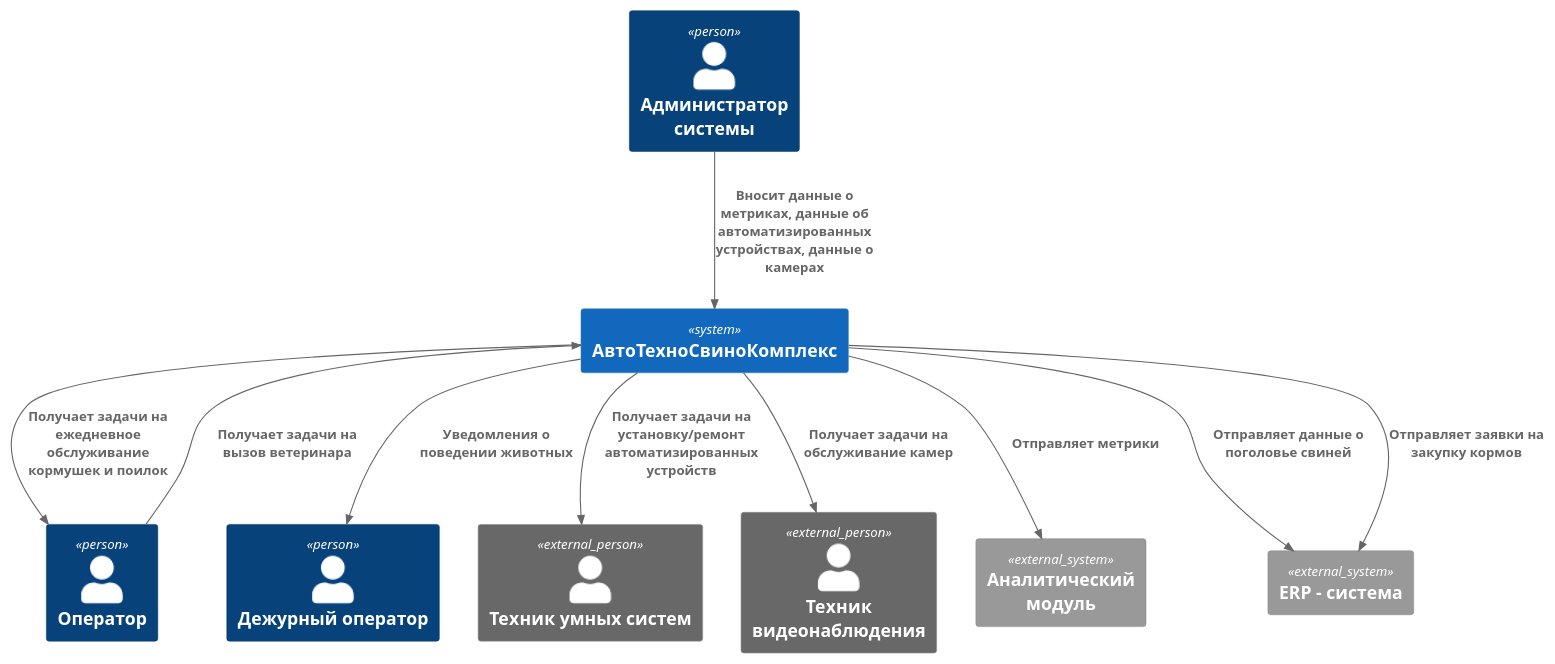
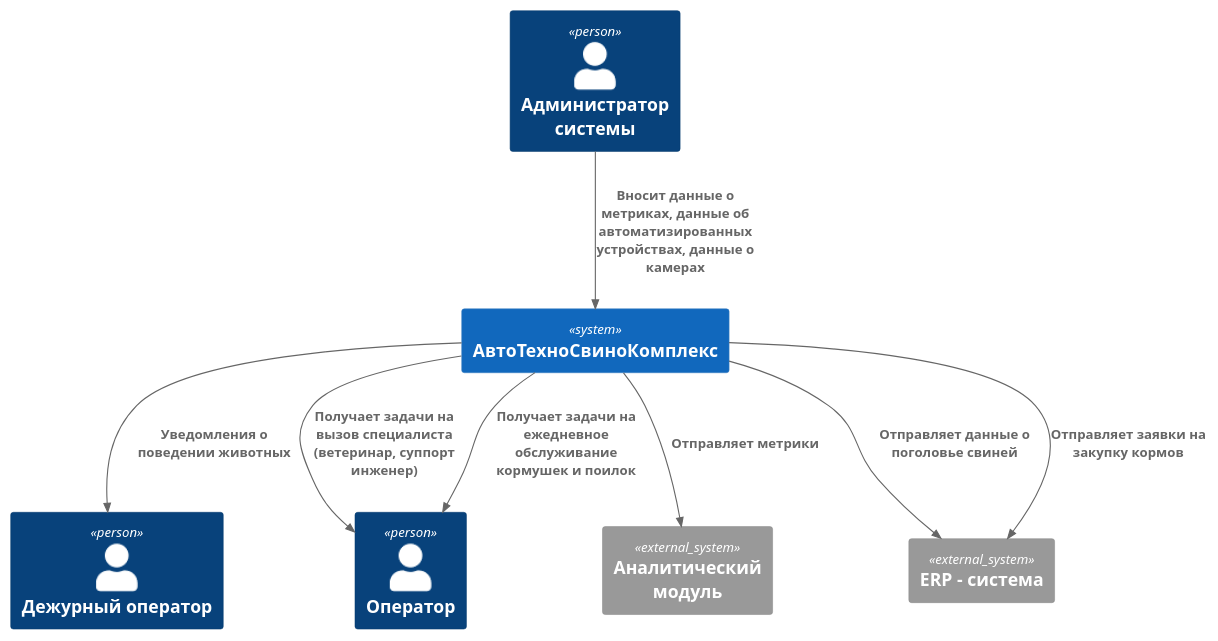
The diagram in Task1/ATCK_C4_Context_alternative.puml (mirray/MSA-AgroTech), drawn with PlantUML before and after one commit.

Commit message:
remove techicans from alternative diagram

```diff
--- a/Task1/ATCK_C4_Context_alternative.puml
+++ b/Task1/ATCK_C4_Context_alternative.puml
@@ -1,24 +1,20 @@
 @startuml Архитектура_АвтоТехноСвиноКомплекс_v1_Альтернативное_Решение
 !include <C4/C4_Context>
 
 ' === Участники ===
 Person(duty_operator, "Дежурный оператор")
-Person_Ext(technican, "Техник умных систем")
-Person_Ext(cv_technican, "Техник видеонаблюдения")
 Person(operator, "Оператор")
 Person(admin, "Администратор системы")
 
 System_Ext(analytic, "Аналитический модуль")
 System_Ext(erp, "ERP - система")
 System(atck, "АвтоТехноСвиноКомплекс")
 
 Rel(atck, duty_operator, "Уведомления о поведении животных")
-Rel(operator, atck, "Получает задачи на вызов ветеринара")
+Rel(atck, operator, "Получает задачи на вызов специалиста (ветеринар, суппорт инженер)")
 Rel(atck, operator, "Получает задачи на ежедневное обслуживание кормушек и поилок")
 Rel(atck, analytic, "Отправляет метрики")
 Rel(atck, erp, "Отправляет данные о поголовье свиней")
 Rel(atck, erp, "Отправляет заявки на закупку кормов")
 Rel(admin, atck, "Вносит данные о метриках, данные об автоматизированных устройствах, данные о камерах")
-Rel(atck, cv_technican, "Получает задачи на обслуживание камер")
-Rel(atck, technican, "Получает задачи на установку/ремонт автоматизированных устройств")
 @enduml
```
